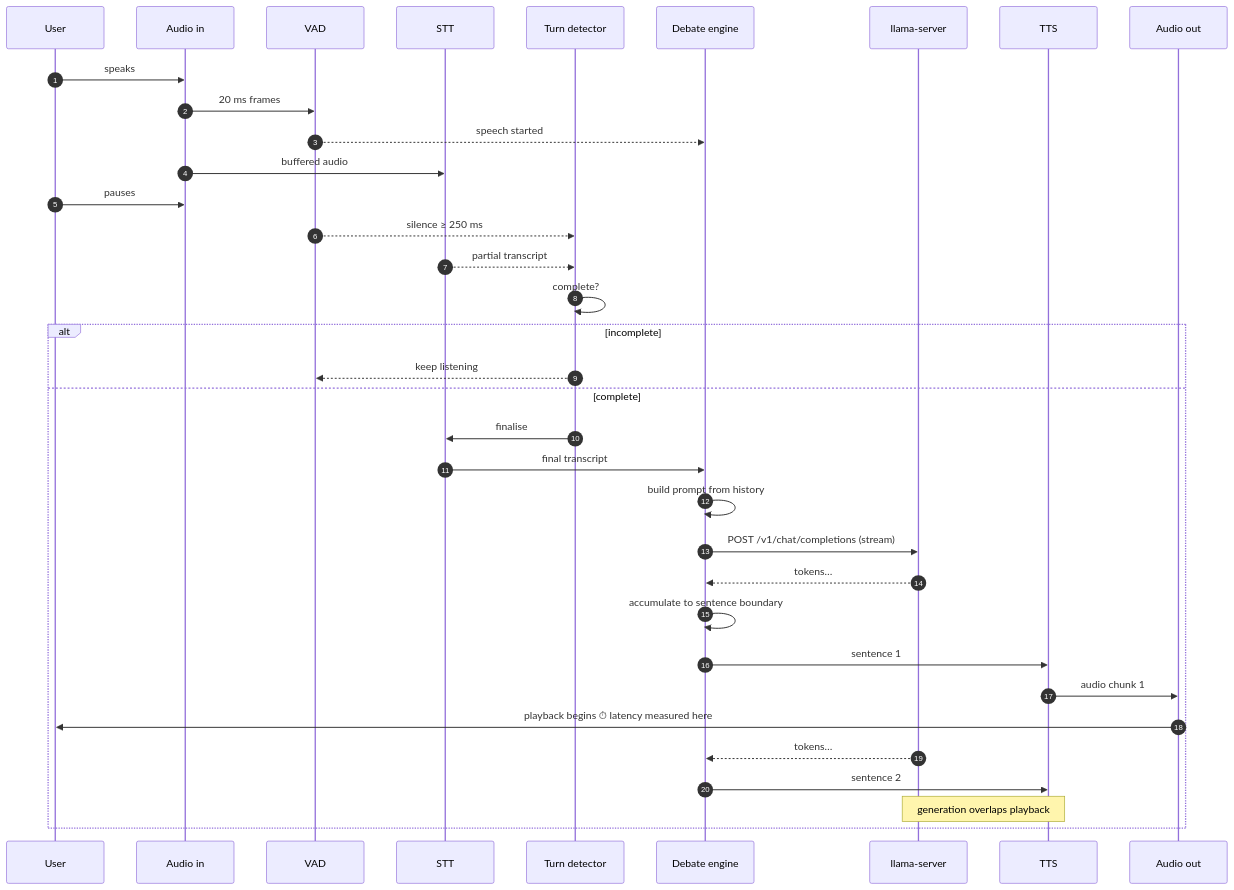
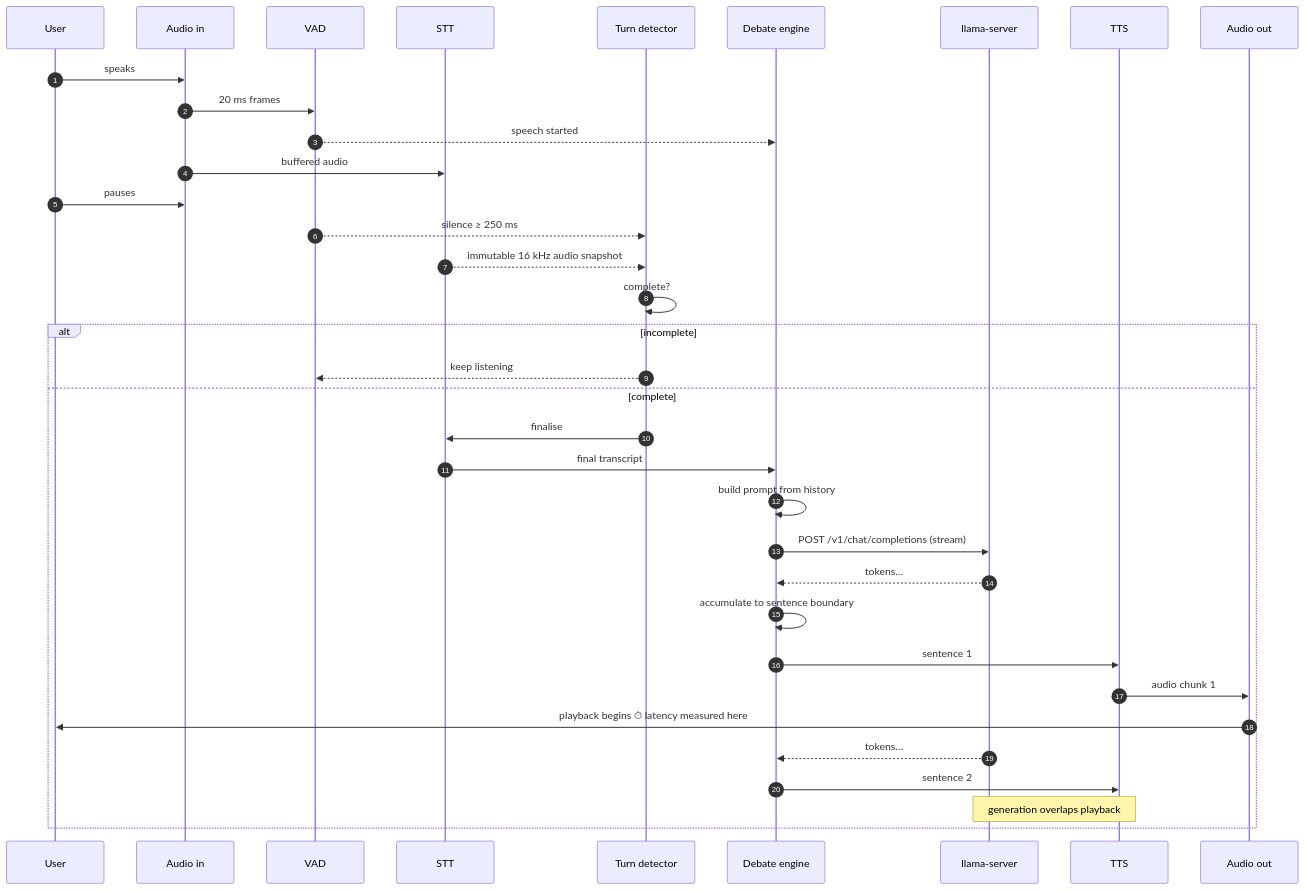
One commit to fahamin5149/contra-debate-agent changed the third of 4 diagrams in docs/02-architecture/01-architecture-overview.md. Above: the diagram before and after it, drawn with Mermaid. The commit also changed other lines of this file and 22 other files, not shown here.

````diff
--- a/docs/02-architecture/01-architecture-overview.md
+++ b/docs/02-architecture/01-architecture-overview.md
@@ -124,38 +124,38 @@
 ```mermaid
 sequenceDiagram
     autonumber
     participant U as User
     participant A as Audio in
     participant V as VAD
     participant S as STT
     participant T as Turn detector
     participant D as Debate engine
     participant L as llama-server
     participant K as TTS
     participant O as Audio out
 
     U->>A: speaks
     A->>V: 20 ms frames
     V-->>D: speech started
     A->>S: buffered audio
     U->>A: pauses
     V-->>T: silence ≥ 250 ms
-    S-->>T: partial transcript
+    S-->>T: immutable 16 kHz audio snapshot
     T->>T: complete?
     alt incomplete
         T-->>V: keep listening
     else complete
         T->>S: finalise
         S->>D: final transcript
         D->>D: build prompt from history
         D->>L: POST /v1/chat/completions (stream)
         L-->>D: tokens…
         D->>D: accumulate to sentence boundary
         D->>K: sentence 1
         K->>O: audio chunk 1
         O->>U: playback begins  ⏱ latency measured here
         L-->>D: tokens…
         D->>K: sentence 2
         Note over L,K: generation overlaps playback
     end
 ```
````
